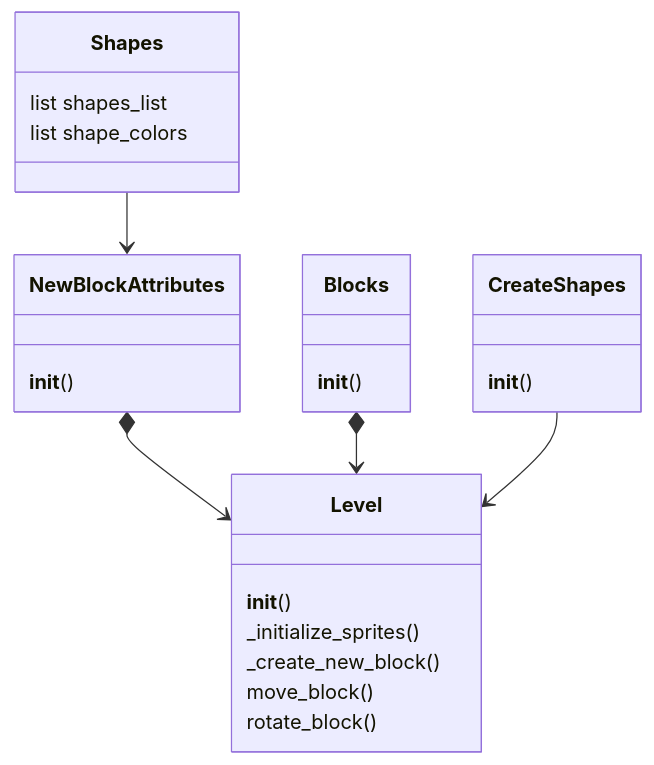
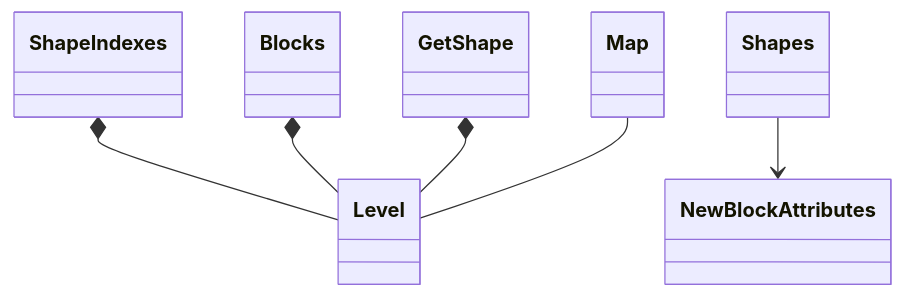
One commit to nie-ed/ot-harjoitustyo changed the diagram in dokumentaatio/arkkitehtuuri.md. Above: the diagram before and after it, drawn with Mermaid.

````diff
--- a/dokumentaatio/arkkitehtuuri.md
+++ b/dokumentaatio/arkkitehtuuri.md
@@ -3,34 +3,12 @@
 ```mermaid
 classDiagram
 	GameLoop
-	NewBlockAttributes *--> Level 
-	Blocks * --> Level
+	ShapeIndexes *-- Level 
+	Blocks * -- Level
+	GetShape *-- Level
+	Map -- Level
+	
 	Shapes --> NewBlockAttributes
-        CreateShapes --> Level
 
-	class Level {
-		__init__()
-		_initialize_sprites()
-		_create_new_block()
-		move_block()
-		rotate_block()
-	}
-
-	class Blocks{
-		__init__()
-	}
-
-	class NewBlockAttributes {
-		__init__()
-	}
-
-	class Shapes {
-		list shapes_list
-		list shape_colors
-	}
-
-	class CreateShapes {
-		__init__()
-	}
 
 ```
````
